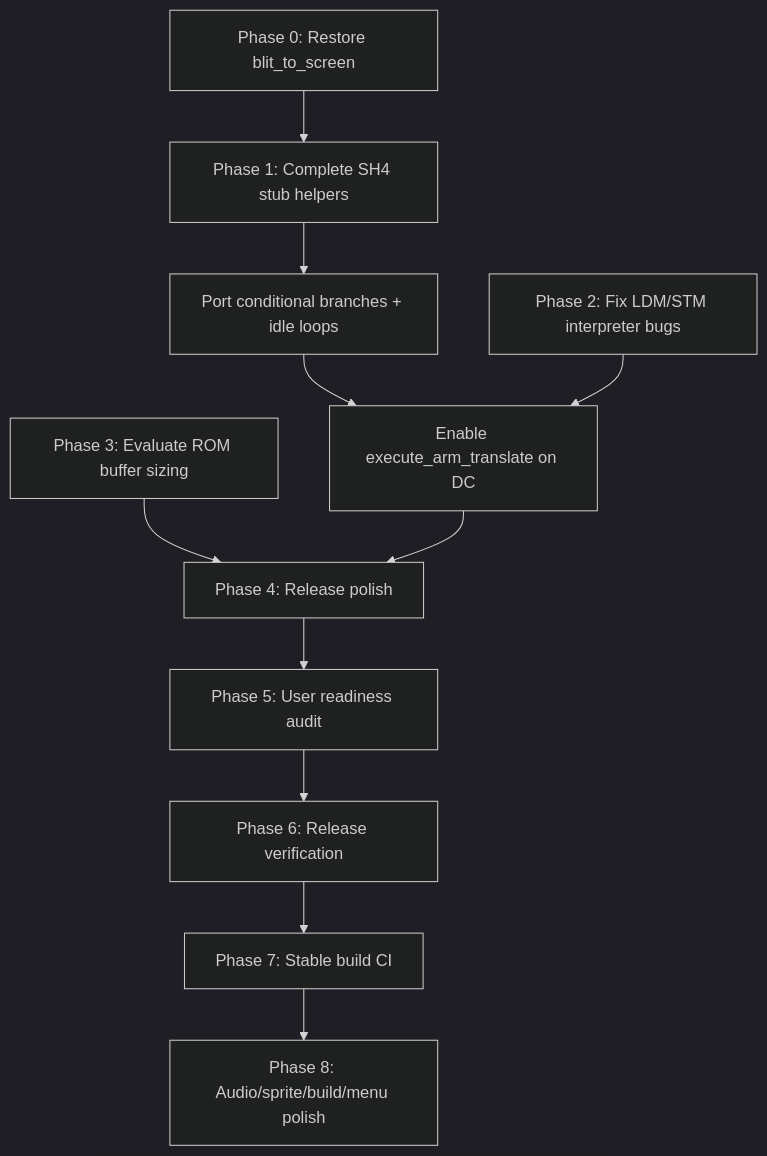
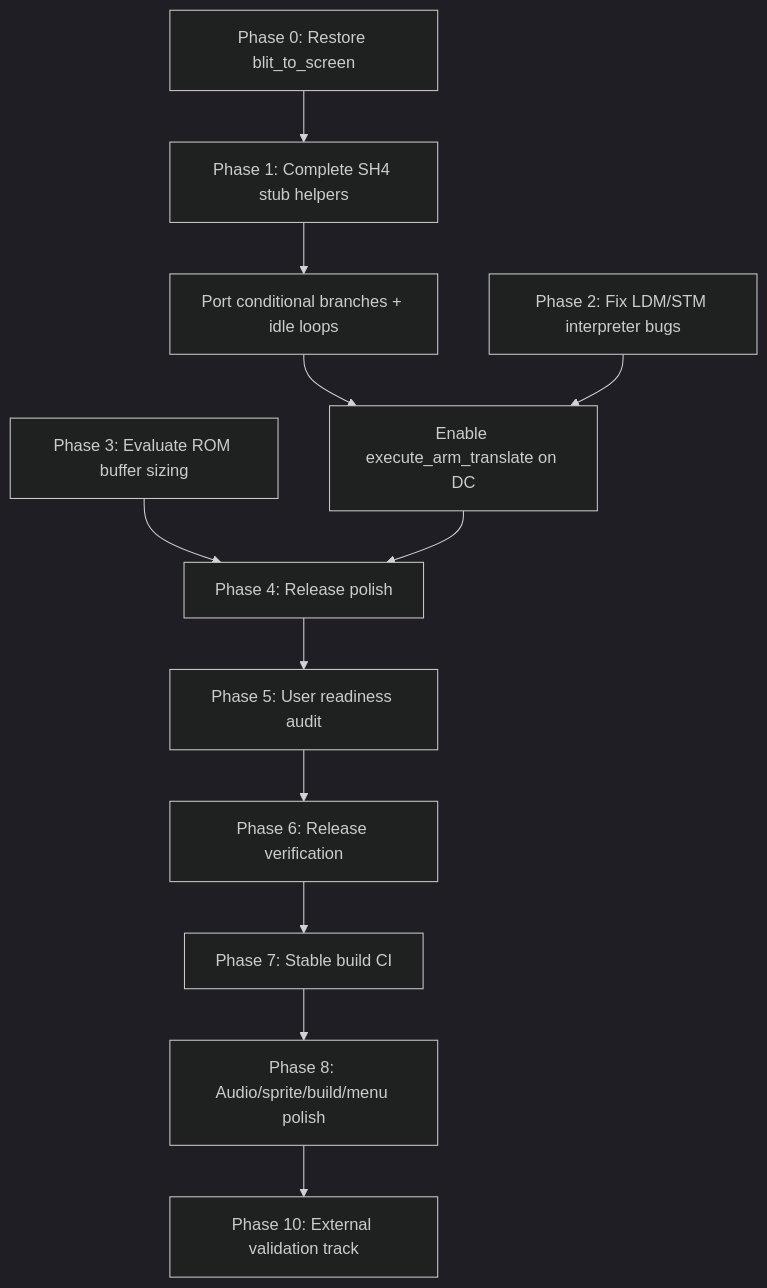
Before and after one commit to GPF/gPSPDC: the diagram in HIGH_IMPACT_FIXES.md, drawn with Mermaid (dark theme). The commit also changed other lines of this file and 43 other files, not shown here.

````diff
--- a/HIGH_IMPACT_FIXES.md
+++ b/HIGH_IMPACT_FIXES.md
@@ -192,13 +193,14 @@
 ```mermaid
 flowchart TD
     A[Phase 0: Restore blit_to_screen] --> B[Phase 1: Complete SH4 stub helpers]
     B --> C[Port conditional branches + idle loops]
     C --> D[Enable execute_arm_translate on DC]
     E[Phase 2: Fix LDM/STM interpreter bugs] --> D
     F[Phase 3: Evaluate ROM buffer sizing] --> G[Phase 4: Release polish]
     D --> G
     G --> H[Phase 5: User readiness audit]
     H --> I[Phase 6: Release verification]
     I --> J[Phase 7: Stable build CI]
     J --> K[Phase 8: Audio/sprite/build/menu polish]
+    K --> L[Phase 10: External validation track]
 ```
````
